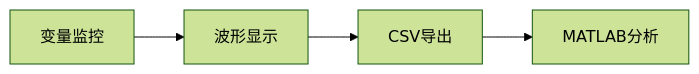
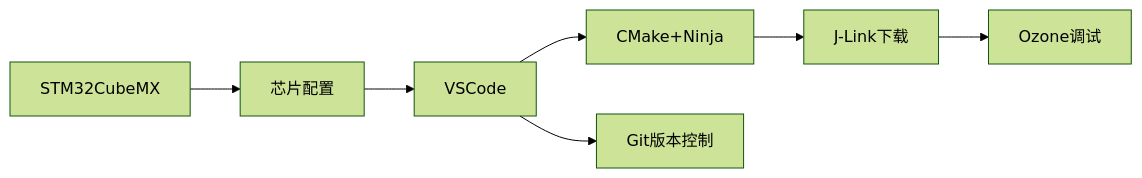
One commit to belfry2023/test02 changed the first of 3 diagrams in .doc/STM32开发指南.md. Above: the diagram before and after it, drawn with Mermaid (forest theme). The commit also changed other lines of this file, not shown here.

````diff
--- a/.doc/STM32开发指南.md
+++ b/.doc/STM32开发指南.md
@@ -183,6 +27,9 @@
-   ```mermaid
-   graph LR
-   A[变量监控] --> B[波形显示]
-   B --> C[CSV导出]
-   C --> D[MATLAB分析]
-   ```
+```mermaid
+graph LR
+    A[STM32CubeMX] --> B[芯片配置]
+    B --> C[VSCode]
+    C --> D[CMake+Ninja]
+    D --> E[J-Link下载]
+    E --> F[Ozone调试]
+    C --> G[Git版本控制]
+```
````
